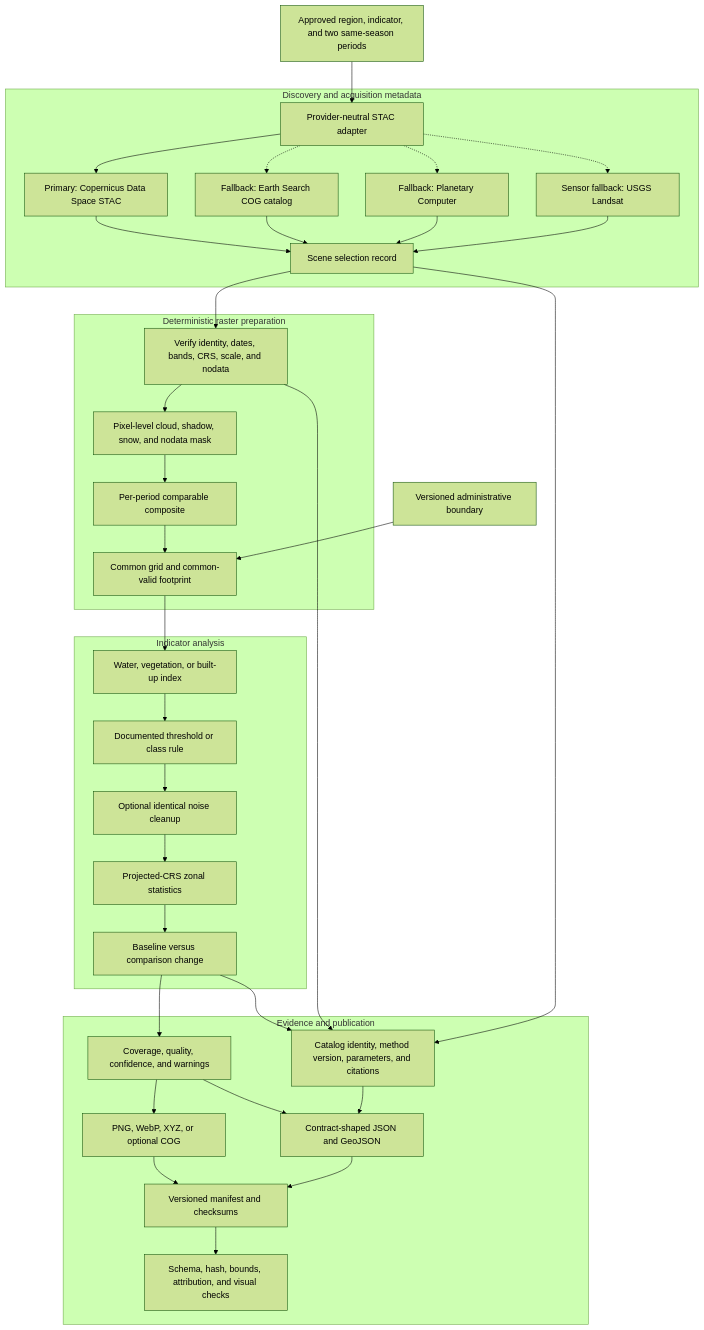
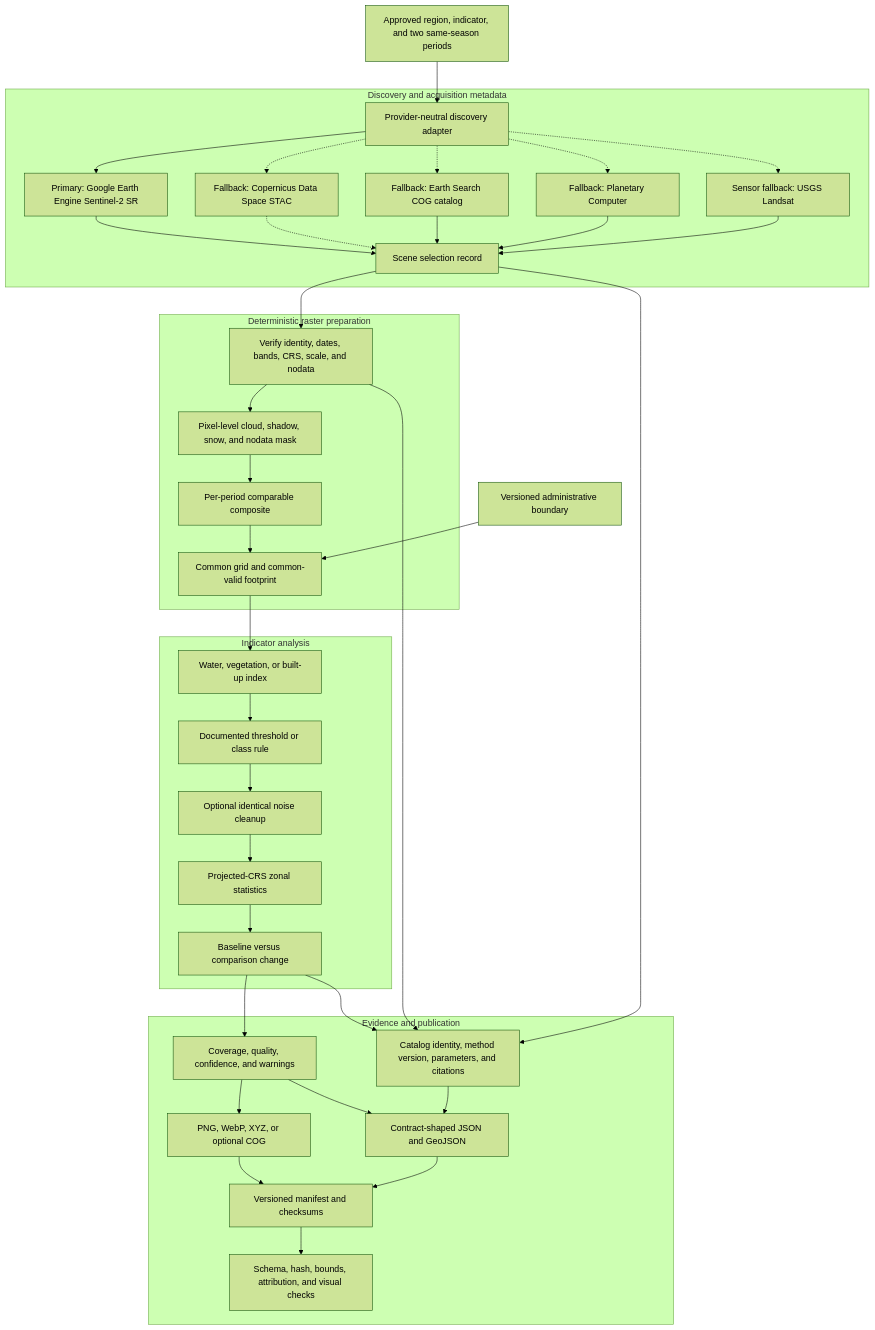
The first of 3 diagrams in docs/architecture/data-pipeline.md (AtharvaLakhe/SPARC), drawn with Mermaid (forest theme) before and after one commit. The commit also changed 28 other files, not shown here.

````diff
--- a/docs/architecture/data-pipeline.md
+++ b/docs/architecture/data-pipeline.md
@@ -15,68 +15,71 @@
 ```mermaid
 flowchart TD
     Request["Approved region, indicator, and two same-season periods"]
     Boundary["Versioned administrative boundary"]
 
     subgraph Discovery["Discovery and acquisition metadata"]
-        Adapter["Provider-neutral STAC adapter"]
-        CDSE["Primary: Copernicus Data Space STAC"]
+        Adapter["Provider-neutral discovery adapter"]
+        GEE["Primary: Google Earth Engine Sentinel-2 SR"]
+        CDSE["Fallback: Copernicus Data Space STAC"]
         EarthSearch["Fallback: Earth Search COG catalog"]
         Planetary["Fallback: Planetary Computer"]
         USGS["Sensor fallback: USGS Landsat"]
         Selection["Scene selection record"]
     end
 
     subgraph Preparation["Deterministic raster preparation"]
         Verify["Verify identity, dates, bands, CRS, scale, and nodata"]
         QA["Pixel-level cloud, shadow, snow, and nodata mask"]
         Composite["Per-period comparable composite"]
         Align["Common grid and common-valid footprint"]
     end
 
     subgraph Analysis["Indicator analysis"]
         Index["Water, vegetation, or built-up index"]
         Classify["Documented threshold or class rule"]
         Clean["Optional identical noise cleanup"]
         Zonal["Projected-CRS zonal statistics"]
         Compare["Baseline versus comparison change"]
     end
 
     subgraph Evidence["Evidence and publication"]
         Quality["Coverage, quality, confidence, and warnings"]
         Provenance["Catalog identity, method version, parameters, and citations"]
         RasterOutput["PNG, WebP, XYZ, or optional COG"]
         JsonOutput["Contract-shaped JSON and GeoJSON"]
         Manifest["Versioned manifest and checksums"]
         VerifyPack["Schema, hash, bounds, attribution, and visual checks"]
     end
 
     Request --> Adapter
     Boundary --> Align
-    Adapter --> CDSE
+    Adapter --> GEE
+    Adapter -.-> CDSE
     Adapter -.-> EarthSearch
     Adapter -.-> Planetary
     Adapter -.-> USGS
-    CDSE --> Selection
+    GEE --> Selection
+    CDSE -.-> Selection
     EarthSearch --> Selection
     Planetary --> Selection
     USGS --> Selection
     Selection --> Verify
     Verify --> QA
     QA --> Composite
     Composite --> Align
     Align --> Index
     Index --> Classify
     Classify --> Clean
     Clean --> Zonal
     Zonal --> Compare
     Compare --> Quality
     Selection --> Provenance
     Verify --> Provenance
     Compare --> Provenance
     Quality --> RasterOutput
     Quality --> JsonOutput
     Provenance --> JsonOutput
     RasterOutput --> Manifest
     JsonOutput --> Manifest
     Manifest --> VerifyPack
 ```
````
